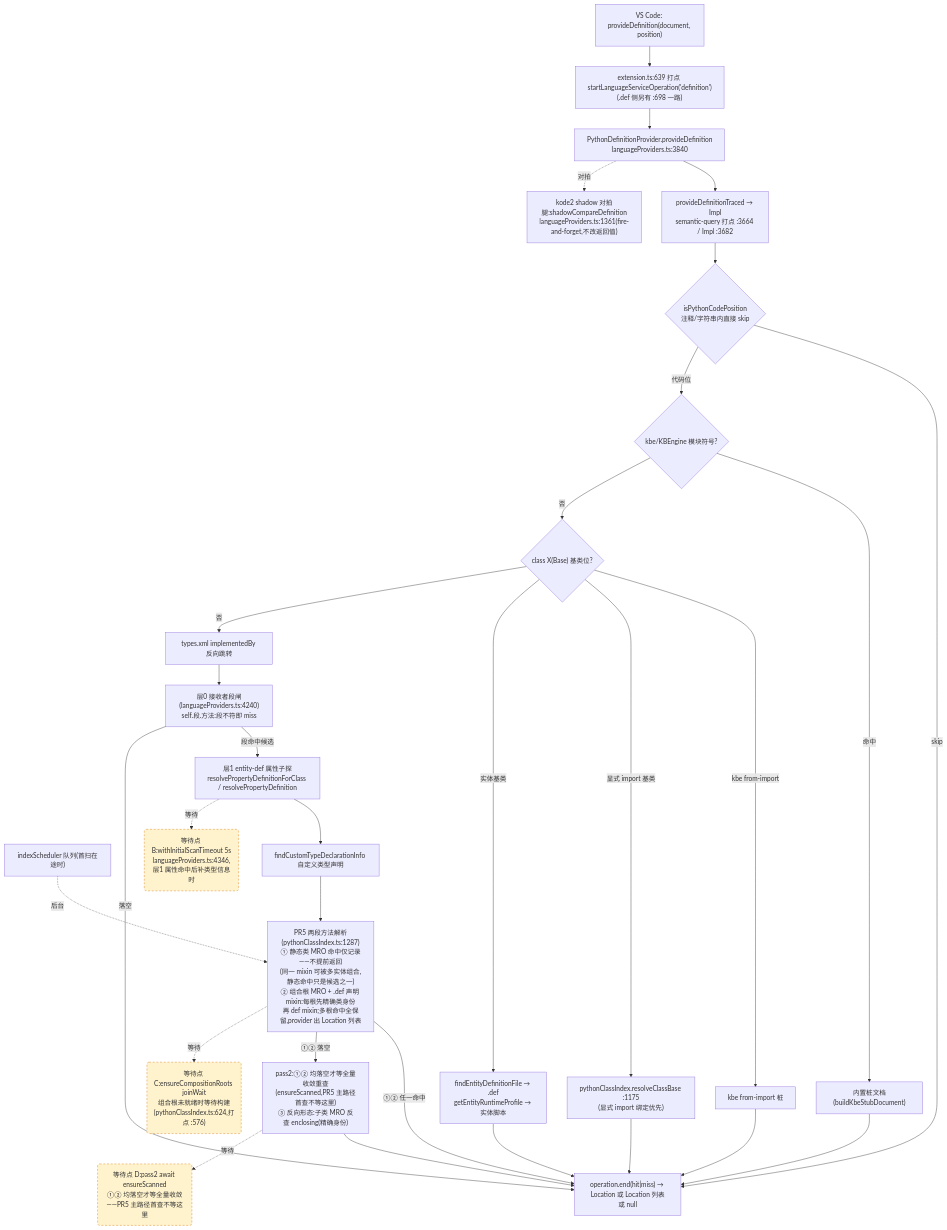
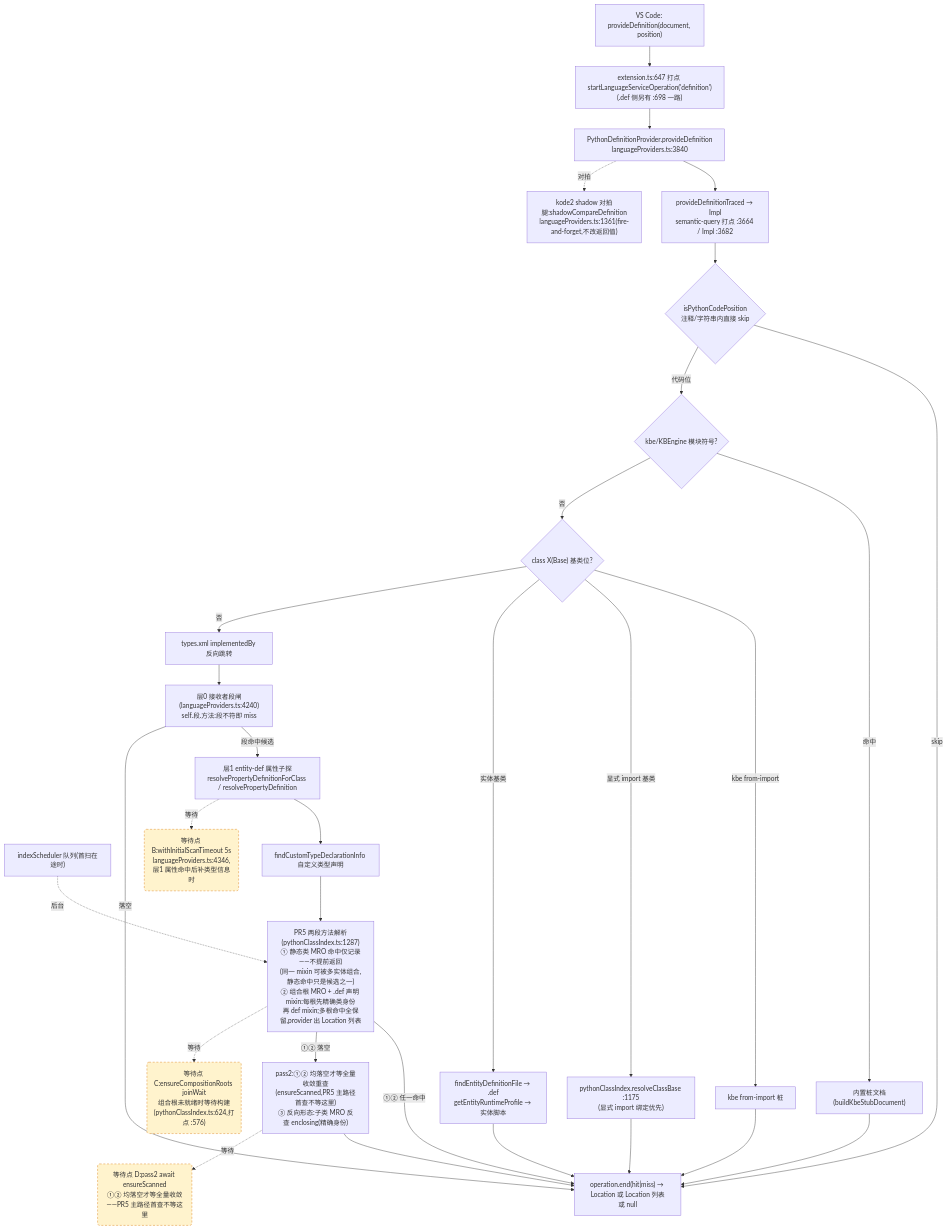
Before and after one commit to cuihairu/kode: the second of 4 diagrams in docs/perf/2026-baseline.md, drawn with Mermaid. The commit also changed other lines of this file and 12 other files, not shown here.

````diff
--- a/docs/perf/2026-baseline.md
+++ b/docs/perf/2026-baseline.md
@@ -130,51 +130,51 @@
 ```mermaid
 flowchart TD
   VC2["VS Code: provideDefinition(document, position)"]
-  M2["extension.ts:639 打点 startLanguageServiceOperation('definition')<br/>(.def 侧另有 :698 一路)"]
+  M2["extension.ts:647 打点 startLanguageServiceOperation('definition')<br/>(.def 侧另有 :698 一路)"]
   AD2["PythonDefinitionProvider.provideDefinition<br/>languageProviders.ts:3840"]
   TR["provideDefinitionTraced → Impl<br/>semantic-query 打点 :3664 / Impl :3682"]
   CTX{"isPythonCodePosition<br/>注释/字符串内直接 skip"}
   KBE{"kbe/KBEngine 模块符号?"}
   STUB["内置桩文档(buildKbeStubDocument)"]
   CB{"class X(Base) 基类位?"}
   CB1["kbe from-import 桩"]
   CB2["pythonClassIndex.resolveClassBase :1175<br/>(显式 import 绑定优先)"]
   CB3["findEntityDefinitionFile → .def<br/>getEntityRuntimeProfile → 实体脚本"]
   REV["types.xml implementedBy 反向跳转"]
   L0["层0 接收者段闸(languageProviders.ts:4240)<br/>self.段.方法:段不符即 miss"]
   L1["层1 entity-def 属性子探<br/>resolvePropertyDefinitionForClass / resolvePropertyDefinition"]
   SCAN["indexScheduler 队列(首扫在途时)"]
   TY["findCustomTypeDeclarationInfo 自定义类型声明"]
   MRO["PR5 两段方法解析(pythonClassIndex.ts:1287)<br/>① 静态类 MRO 命中仅记录——不提前返回<br/>(同一 mixin 可被多实体组合,静态命中只是候选之一)<br/>② 组合根 MRO + .def 声明 mixin:每根先精确类身份<br/>再 def mixin;多根命中全保留,provider 出 Location 列表"]
   PASS2["pass2:①② 均落空才等全量收敛重查<br/>(ensureScanned,PR5 主路径首查不等这里)<br/>③ 反向形态:子类 MRO 反查 enclosing(精确身份)"]
   SHD["kode2 shadow 对拍腿:shadowCompareDefinition<br/>languageProviders.ts:1361(fire-and-forget,不改返回值)"]
   END2["operation.end(hit|miss) → Location 或 Location 列表或 null"]
 
   VC2 --> M2 --> AD2 --> TR --> CTX
   CTX -- "skip" --> END2
   CTX -- "代码位" --> KBE
   KBE -- "命中" --> STUB --> END2
   KBE -- "否" --> CB
   CB -- "kbe from-import" --> CB1 --> END2
   CB -- "显式 import 基类" --> CB2 --> END2
   CB -- "实体基类" --> CB3 --> END2
   CB -- "否" --> REV --> L0
   L0 -- "段命中候选" --> L1
   L0 -- "落空" --> END2
   L1 --> TY
   TY --> MRO
   MRO -- "①② 任一命中" --> END2
   MRO -- "①② 落空" --> PASS2 --> END2
   AD2 -.->|对拍| SHD
 
   WAITB("等待点 B:withInitialScanTimeout 5s<br/>languageProviders.ts:4346,层1 属性命中后补类型信息时")
   WAITC("等待点 C:ensureCompositionRoots joinWait<br/>组合根未就绪时等待构建(pythonClassIndex.ts:624,打点 :576)")
   WAITD("等待点 D:pass2 await ensureScanned<br/>①② 均落空才等全量收敛——PR5 主路径首查不等这里")
   L1 -.->|等待| WAITB
   MRO -.->|等待| WAITC
   PASS2 -.->|等待| WAITD
   SCAN -.->|后台| MRO
 
   classDef waitPoint fill:#fff3cd,stroke:#d97706,stroke-dasharray:5 4;
   class WAITB,WAITC,WAITD waitPoint;
 ```
````
